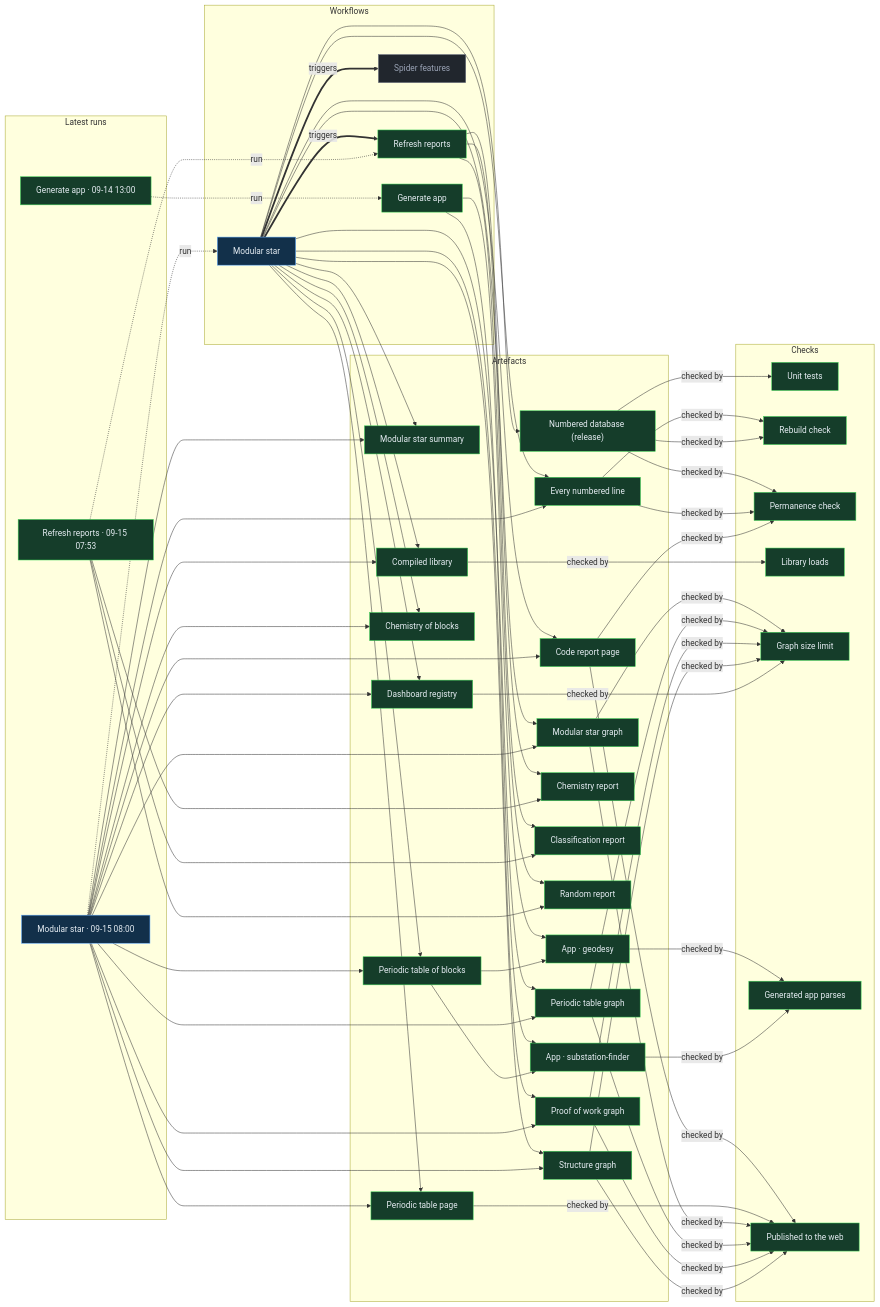
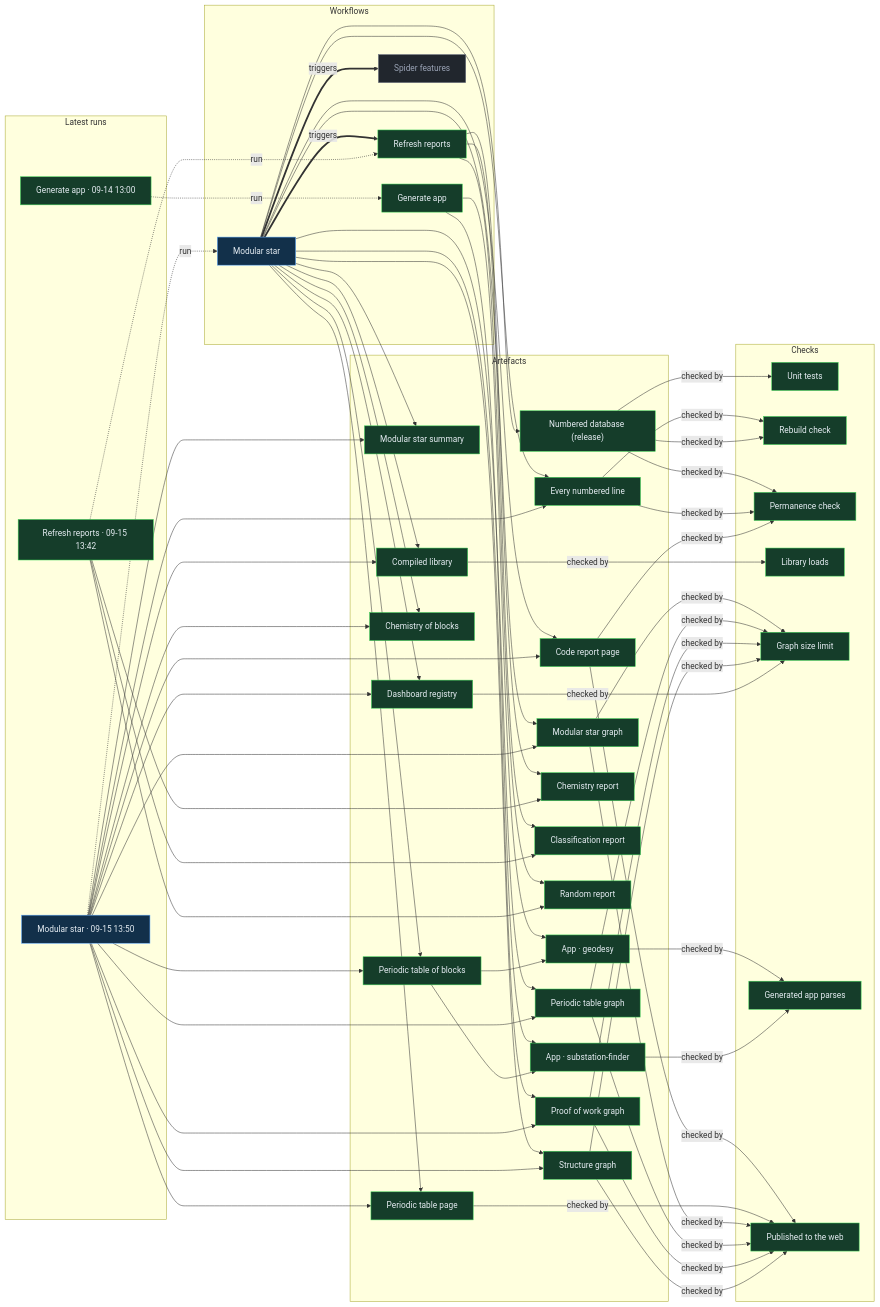
One commit to Ventusltd/stars changed the diagram in proof/PROOF.md. Above: the diagram before and after it, drawn with Mermaid. The commit also changed other lines of this file and 100 other files, not shown here.

Commit message:
Modular star 2026-09-15T13:52Z

```diff
--- a/proof/PROOF.md
+++ b/proof/PROOF.md
@@ -24,8 +24,8 @@
   n_wf_spider_features["Spider features"]:::off
   end
   subgraph g_runs["Latest runs"]
-  n_run_34944647534["Modular star · 09-15 08:00"]:::live
-  n_run_34944057689["Refresh reports · 09-15 07:53"]:::ok
+  n_run_34977638497["Modular star · 09-15 13:50"]:::live
+  n_run_34976695905["Refresh reports · 09-15 13:42"]:::ok
   n_run_34846587798["Generate app · 09-14 13:00"]:::ok
   end
   subgraph g_artefacts["Artefacts"]
@@ -59,39 +59,39 @@
   end
   n_wf_modular_star == triggers ==> n_wf_refresh
   n_wf_modular_star == triggers ==> n_wf_spider_features
-  n_run_34944647534 -. run .-> n_wf_modular_star
-  n_run_34944057689 -. run .-> n_wf_refresh
+  n_run_34977638497 -. run .-> n_wf_modular_star
+  n_run_34976695905 -. run .-> n_wf_refresh
   n_run_34846587798 -. run .-> n_wf_generate
   n_wf_modular_star --> n_art_summary
-  n_run_34944647534 --> n_art_summary
+  n_run_34977638497 --> n_art_summary
   n_wf_modular_star --> n_art_lines
-  n_run_34944647534 --> n_art_lines
+  n_run_34977638497 --> n_art_lines
   n_wf_modular_star --> n_art_code
-  n_run_34944647534 --> n_art_code
+  n_run_34977638497 --> n_art_code
   n_wf_modular_star --> n_art_modular_graph
-  n_run_34944647534 --> n_art_modular_graph
+  n_run_34977638497 --> n_art_modular_graph
   n_wf_modular_star --> n_art_blocks
-  n_run_34944647534 --> n_art_blocks
+  n_run_34977638497 --> n_art_blocks
   n_wf_modular_star --> n_art_table
-  n_run_34944647534 --> n_art_table
+  n_run_34977638497 --> n_art_table
   n_wf_modular_star --> n_art_blocks_graph
-  n_run_34944647534 --> n_art_blocks_graph
+  n_run_34977638497 --> n_art_blocks_graph
   n_wf_modular_star --> n_art_reactions
-  n_run_34944647534 --> n_art_reactions
+  n_run_34977638497 --> n_art_reactions
   n_wf_modular_star --> n_art_library
-  n_run_34944647534 --> n_art_library
+  n_run_34977638497 --> n_art_library
   n_wf_modular_star --> n_art_features
-  n_run_34944647534 --> n_art_features
+  n_run_34977638497 --> n_art_features
   n_wf_modular_star --> n_art_proof
-  n_run_34944647534 --> n_art_proof
+  n_run_34977638497 --> n_art_proof
   n_wf_modular_star --> n_art_structure
-  n_run_34944647534 --> n_art_structure
+  n_run_34977638497 --> n_art_structure
   n_wf_refresh --> n_art_chemistry
-  n_run_34944057689 --> n_art_chemistry
+  n_run_34976695905 --> n_art_chemistry
   n_wf_refresh --> n_art_vedic
-  n_run_34944057689 --> n_art_vedic
+  n_run_34976695905 --> n_art_vedic
   n_wf_refresh --> n_art_random
-  n_run_34944057689 --> n_art_random
+  n_run_34976695905 --> n_art_random
   n_wf_modular_star --> n_art_release
   n_wf_generate --> n_app_geodesy
   n_art_blocks --> n_app_geodesy
```
